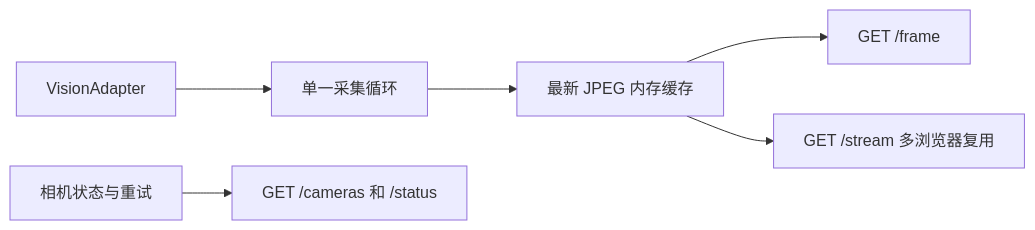
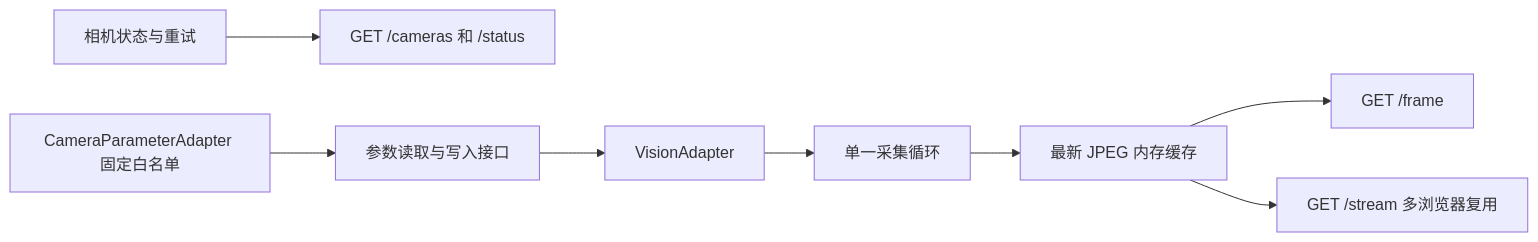
Before and after one commit to MelodyKnit/robootic: the second of 2 diagrams in docs/architecture.md, drawn with Mermaid. The commit also changed other lines of this file and 31 other files, not shown here.

Commit message:
feat: add browser camera parameter controls

````diff
--- a/docs/architecture.md
+++ b/docs/architecture.md
@@ -26,8 +26,10 @@
 ```mermaid
 flowchart LR
     Camera[VisionAdapter] --> Loop[单一采集循环]
     Loop --> Cache[最新 JPEG 内存缓存]
     Cache --> Snapshot[GET /frame]
     Cache --> Stream[GET /stream 多浏览器复用]
     Status[相机状态与重试] --> Api[GET /cameras 和 /status]
+    Parameters[CameraParameterAdapter 固定白名单] --> Controls[参数读取与写入接口]
+    Controls --> Camera
 ```
````
